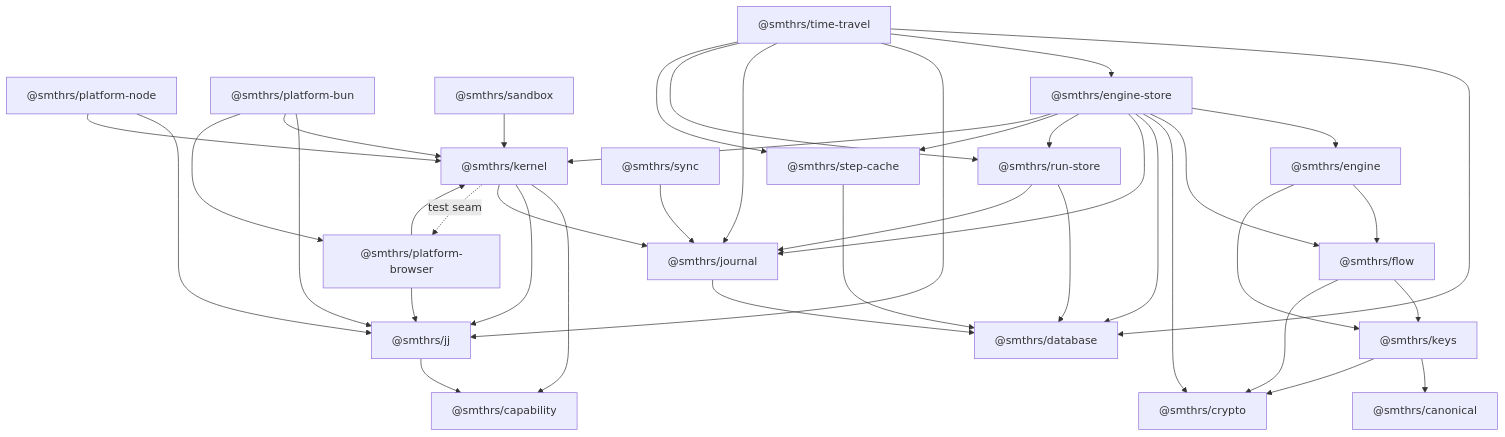
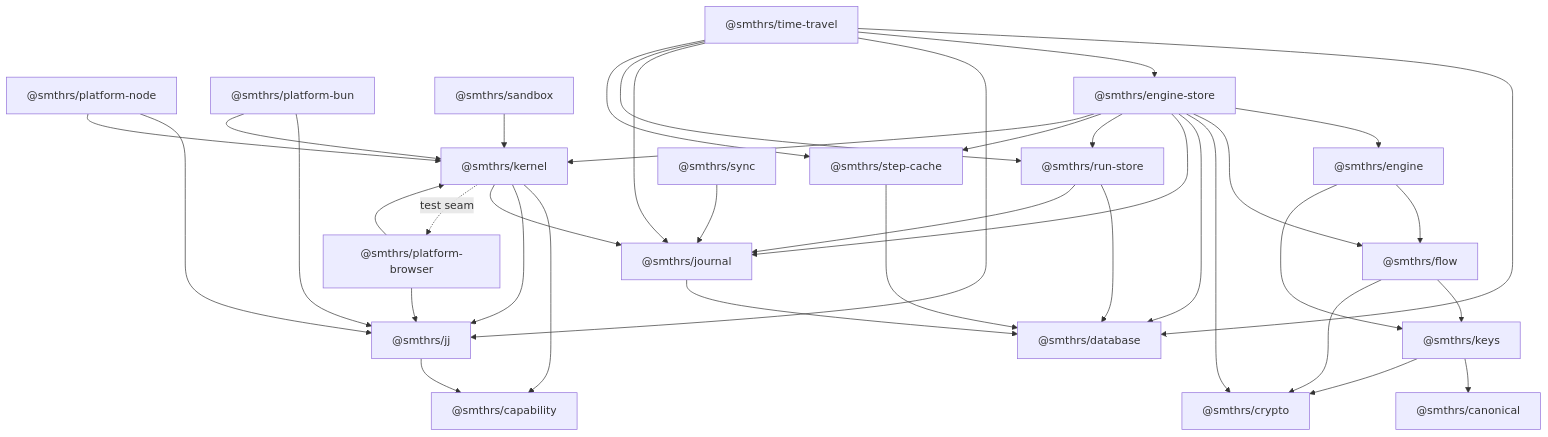
Before and after one commit to smithersai/flows: the diagram in docs/architecture/package-map.md, drawn with Mermaid. The commit also changed other lines of this file and 67 other files, not shown here.

````diff
--- a/docs/architecture/package-map.md
+++ b/docs/architecture/package-map.md
@@ -7,51 +7,50 @@
 ```mermaid
 flowchart TD
   PN["@smthrs/platform-node"]
   PBUN["@smthrs/platform-bun"]
   JJ["@smthrs/jj"]
   SB["@smthrs/sandbox"]
   PB["@smthrs/platform-browser"]
   D["@smthrs/database"]
   C["@smthrs/canonical"]
   Crypto["@smthrs/crypto"]
   CAP["@smthrs/capability"]
 
   J["@smthrs/journal"] --> D
   RS["@smthrs/run-store"] --> D
   RS --> J
   SC["@smthrs/step-cache"] --> D
   PB --> JJ
   PB --> K
   PN --> JJ
   PN --> K
   PBUN --> JJ
   PBUN --> K
-  PBUN --> PB
   SB --> K
   K["@smthrs/kernel"] --> CAP
   K --> JJ
   K --> J
   K -.test seam.-> PB
   JJ --> CAP
   F["@smthrs/flow"] --> Keys["@smthrs/keys"]
   F --> Crypto
   W["@smthrs/engine"] --> F
   W --> Keys
   Keys --> C
   Keys --> Crypto
   E["@smthrs/engine-store"] --> W
   E --> F
   E --> Crypto
   E --> D
   E --> J
   E --> RS
   E --> SC
   E --> K
   S["@smthrs/sync"] --> J
   T["@smthrs/time-travel"] --> D
   T --> E
   T --> JJ
   T --> J
   T --> RS
   T --> SC
 ```
````
